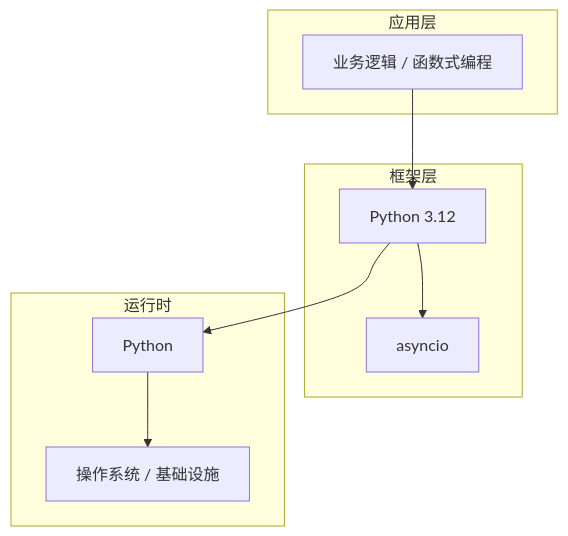
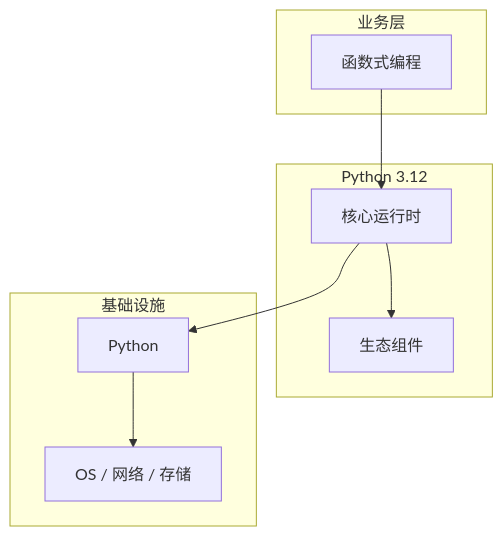
The diagram in articles/Python高级/chapters/081-函数式编程核心概念与原理.md (yanggan2015/knowledge-json-v2), drawn with Mermaid before and after one commit. The commit also changed other lines of this file and 10127 other files, not shown here.

````diff
--- a/articles/Python高级/chapters/081-函数式编程核心概念与原理.md
+++ b/articles/Python高级/chapters/081-函数式编程核心概念与原理.md
@@ -45,18 +34,18 @@
 ```mermaid
 graph TB
-    subgraph 应用层
-        A[业务逻辑 / 函数式编程]
+    subgraph 业务层
+        A[函数式编程]
     end
-    subgraph 框架层
-        B[Python 3.12]
-        C[asyncio]
+    subgraph Python 3.12
+        B[核心运行时]
+        C[生态组件]
     end
-    subgraph 运行时
+    subgraph 基础设施
         D[Python]
-        E[操作系统 / 基础设施]
+        E[OS / 网络 / 存储]
     end
     A --> B
     B --> C
     B --> D
     D --> E
 ```
````
